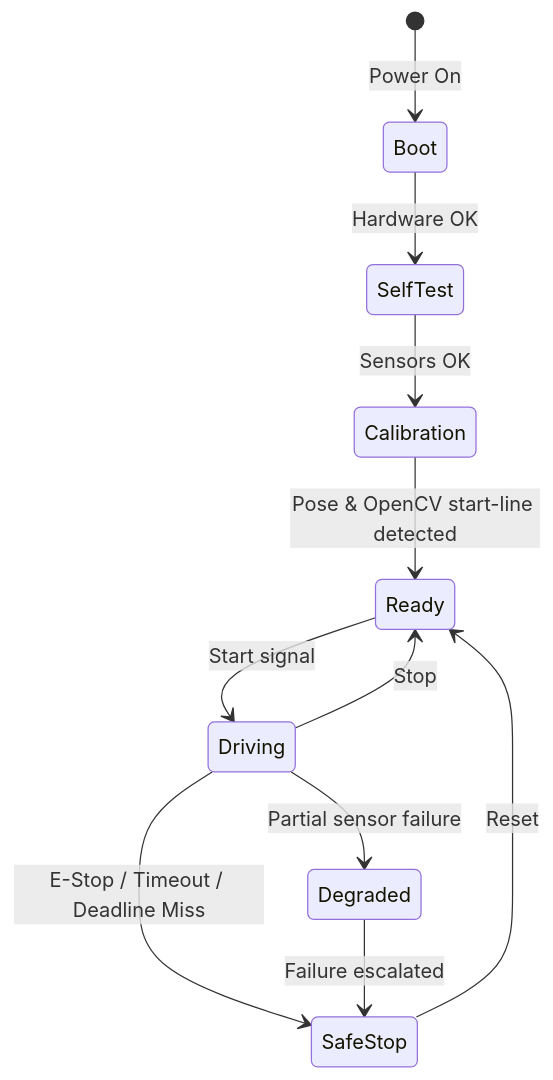
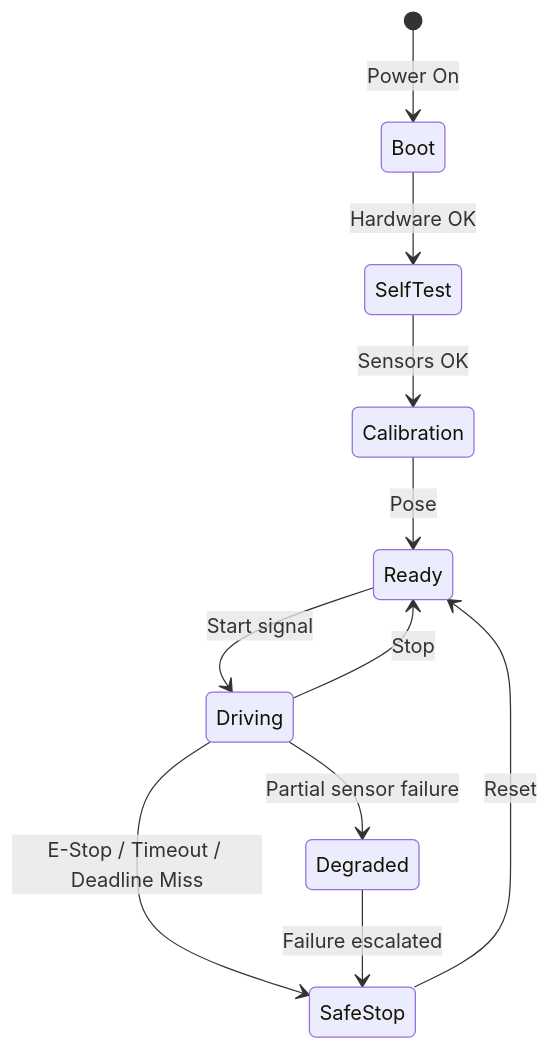
Before and after one commit to Bigfire3/wro-fe-rl-simulation: the second of 3 diagrams in docs/embedded_system/embedded_concept.md, drawn with Mermaid. The commit also changed other lines of this file, not shown here.

````diff
--- a/docs/embedded_system/embedded_concept.md
+++ b/docs/embedded_system/embedded_concept.md
@@ -171,13 +167,13 @@
 ```mermaid @mermaid
 stateDiagram-v2
     [*] --> Boot: Power On
     Boot --> SelfTest: Hardware OK
     SelfTest --> Calibration: Sensors OK
-    Calibration --> Ready: Pose & OpenCV start-line detected
+    Calibration --> Ready: Pose
     Ready --> Driving: Start signal
     Driving --> Ready: Stop
     Driving --> Degraded: Partial sensor failure
     Driving --> SafeStop: E-Stop / Timeout / Deadline Miss
     Degraded --> SafeStop: Failure escalated
     SafeStop --> Ready: Reset
 ```
````
